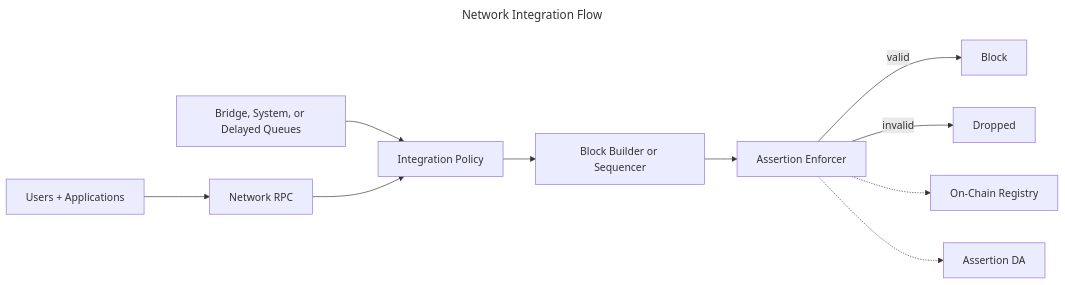
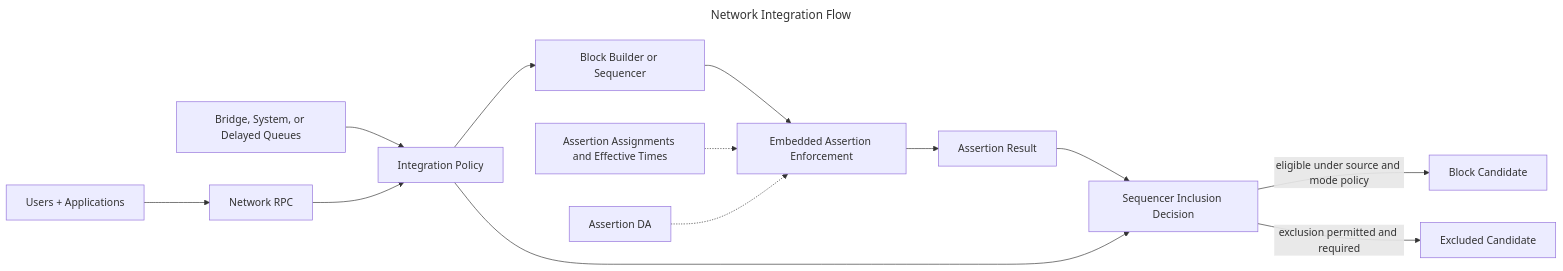
The diagram in credible/l2-integrations/network-integration.mdx (phylaxsystems/phylax-docs), drawn with Mermaid before and after one commit. The commit also changed other lines of this file and 155 other files, not shown here.

````diff
--- a/credible/l2-integrations/network-integration.mdx
+++ b/credible/l2-integrations/network-integration.mdx
@@ -16,15 +18,18 @@
 ```mermaid
 ---
 title: Network Integration Flow
 ---
 flowchart LR
   Users[Users + Applications] --> RPC[Network RPC]
   System[Bridge, System, or Delayed Queues] --> Policy[Integration Policy]
   RPC --> Policy
   Policy --> Builder[Block Builder or Sequencer]
-  Builder --> Enforcer[Assertion Enforcer]
-  Enforcer -->|valid| Block[Block]
-  Enforcer -->|invalid| Drop[Dropped]
-  Enforcer -.-> Registry[On-Chain Registry]
-  Enforcer -.-> DA[Assertion DA]
+  Builder --> Enforcer[Embedded Assertion Enforcement]
+  Enforcer --> Report[Assertion Result]
+  Report --> Decision[Sequencer Inclusion Decision]
+  Policy --> Decision
+  Decision -->|eligible under source and mode policy| Block[Block Candidate]
+  Decision -->|exclusion permitted and required| Drop[Excluded Candidate]
+  State[Assertion Assignments and Effective Times] -.-> Enforcer
+  DA[Assertion DA] -.-> Enforcer
 ```
````
